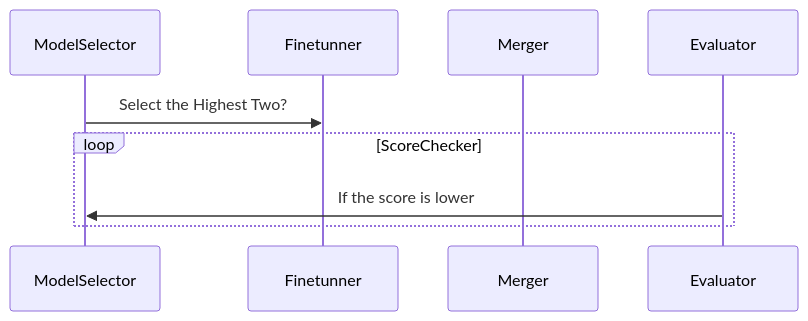
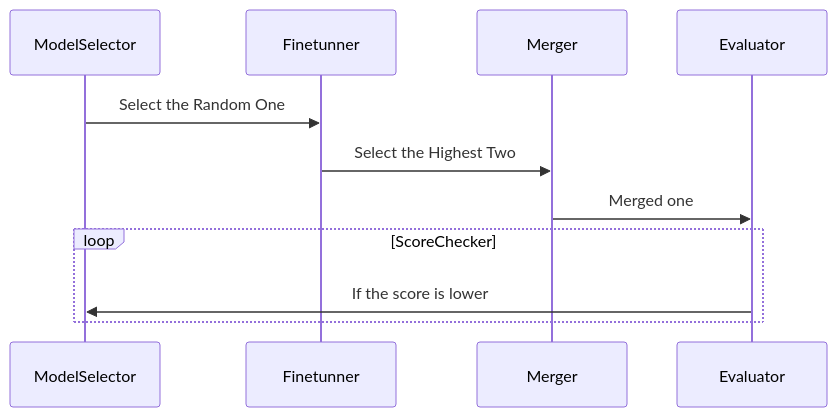
One commit to javafa/javafa changed the diagram in README.md. Above: the diagram before and after it, drawn with Mermaid.

````diff
--- a/README.md
+++ b/README.md
@@ -18,11 +18,13 @@
 ```mermaid
 sequenceDiagram
     participant ModelSelector
     participant Finetunner
     participant Merger
     participant Evaluator
-    ModelSelector->>Finetunner: Select the Highest Two?
+    ModelSelector->>Finetunner: Select the Random One
+    Finetunner->>Merger: Select the Highest Two
+    Merger->>Evaluator: Merged one
     loop ScoreChecker
         Evaluator->>ModelSelector: If the score is lower
     end
 ```
````
